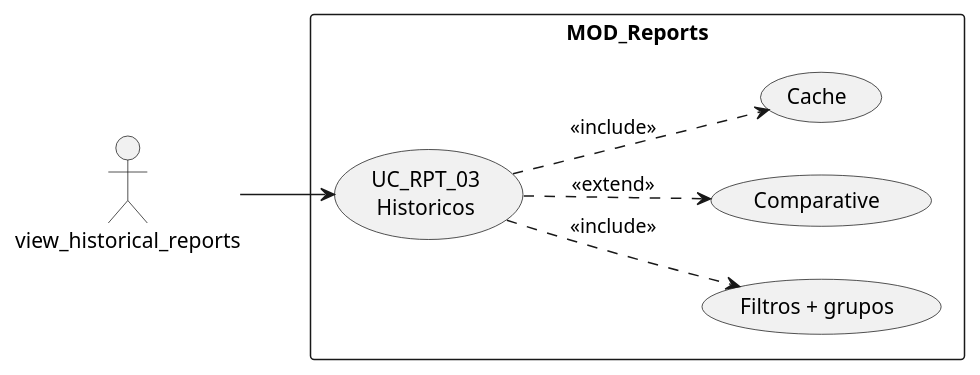
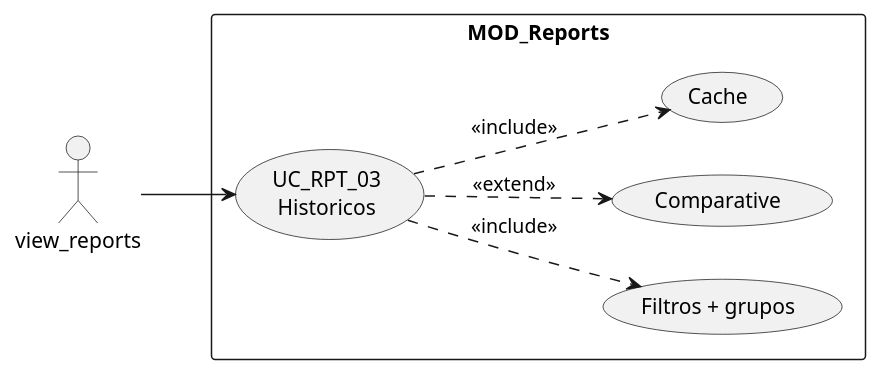
Before and after one commit to jcg-admin/IACT-docs: the first of 4 diagrams in source/requisitos/casos-uso/reports/uc-rpt-03/diagramas-uml.rst, drawn with PlantUML. The commit also changed 157 other files, not shown here.

First line of the commit message:
Enforce catalog function names across all diagrams

```diff
--- a/source/requisitos/casos-uso/reports/uc-rpt-03/diagramas-uml.rst
+++ b/source/requisitos/casos-uso/reports/uc-rpt-03/diagramas-uml.rst
@@ -10,19 +10,19 @@
 .. uml::
  :caption: UC_RPT_03 — historicos
 
  @startuml
  left to right direction
- actor "view_historical_reports" as USR
+ actor "view_reports" as USR
 
  rectangle "MOD_Reports" {
    usecase "UC_RPT_03\nHistoricos" as UC03
    usecase "Filtros + grupos" as F
    usecase "Comparative" as C
    usecase "Cache" as CA
  }
 
  USR --> UC03
  UC03 ..> F : <<include>>
  UC03 ..> C : <<extend>>
  UC03 ..> CA : <<include>>
  @enduml
```
